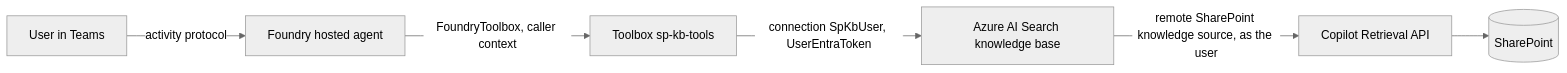
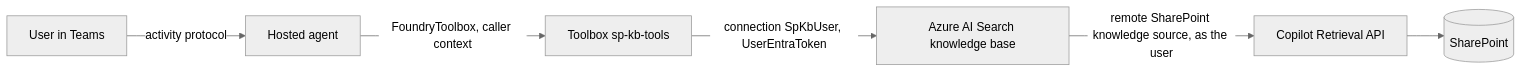
Before and after one commit to Heenanl/Foundry_EnterpriseAgents: the diagram in foundryagents/hostedagent/sharepoint-knowledge-base/README.md, drawn with Mermaid (neutral theme). The commit also changed other lines of this file and 6 other files, not shown here.

Commit message:
Use brand-approved name: hosted agents in Foundry Agent Service

````diff
--- a/foundryagents/hostedagent/sharepoint-knowledge-base/README.md
+++ b/foundryagents/hostedagent/sharepoint-knowledge-base/README.md
@@ -10,8 +11,8 @@
 ```mermaid
 flowchart LR
-    U[User in Teams] -->|activity protocol| F[Foundry hosted agent]
+    U[User in Teams] -->|activity protocol| F[Hosted agent]
     F -->|FoundryToolbox, caller context| T[Toolbox sp-kb-tools]
     T -->|connection SpKbUser, UserEntraToken| S[Azure AI Search knowledge base]
     S -->|remote SharePoint knowledge source, as the user| R[Copilot Retrieval API]
     R --> P[(SharePoint)]
 ```
````
